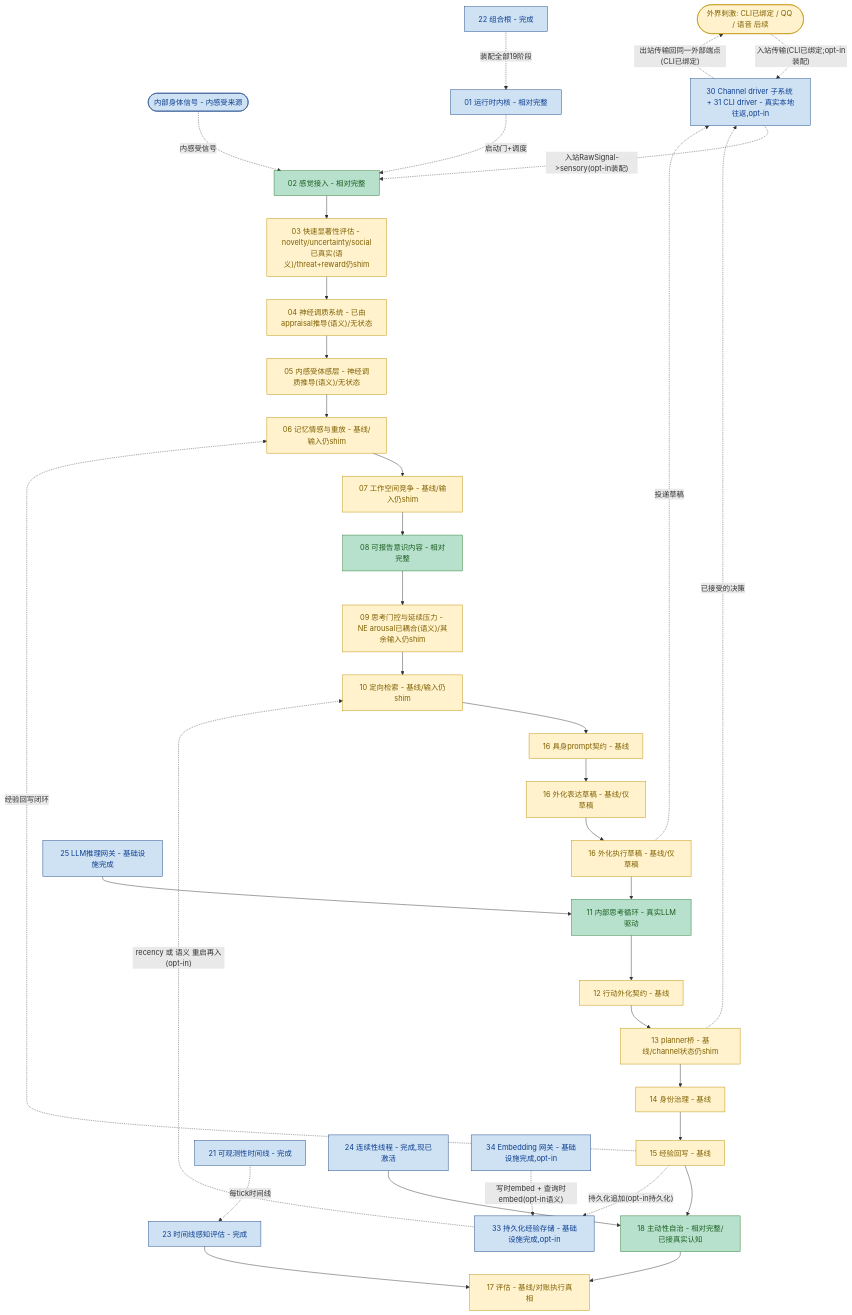
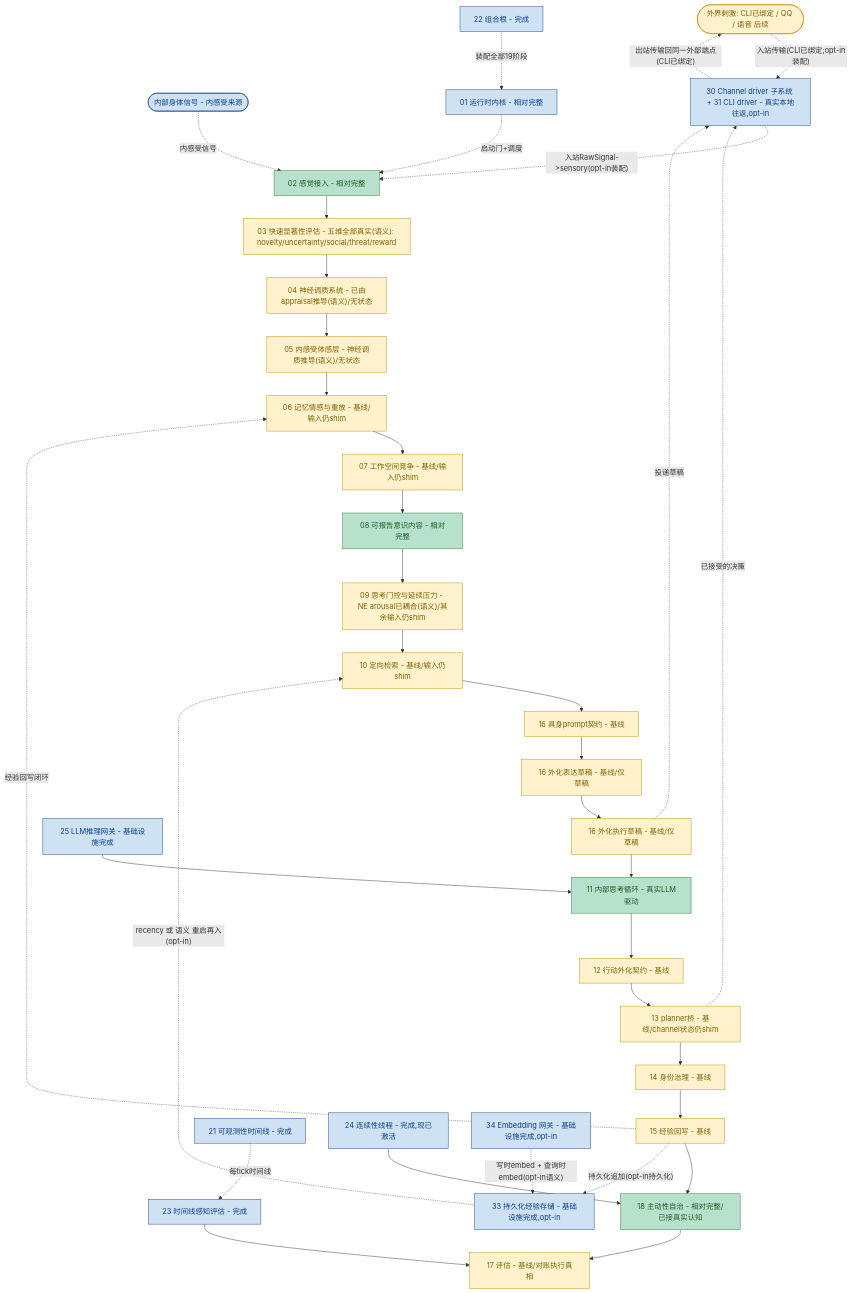
The diagram in helios_v2/docs/PROGRESS_FLOW.zh-CN.md (embalmer-Y/helios), drawn with Mermaid before and after one commit. The commit also changed other lines of this file and 15 other files, not shown here.

````diff
--- a/helios_v2/docs/PROGRESS_FLOW.zh-CN.md
+++ b/helios_v2/docs/PROGRESS_FLOW.zh-CN.md
@@ -30,60 +30,60 @@
 ```mermaid
 flowchart TD
     classDef deep fill:#b7e1cd,stroke:#2e7d32,color:#1b5e20
     classDef base fill:#fff2cc,stroke:#bf9000,color:#7f6000
     classDef infra fill:#cfe2f3,stroke:#1c4587,color:#0b3d91
     classDef gap fill:#f4cccc,stroke:#990000,color:#660000,stroke-dasharray: 5 5
 
     EXT([外界刺激: CLI已绑定 / QQ / 语音 后续]):::base
     BODY([内部身体信号 - 内感受来源]):::infra
     S02[02 感觉接入 - 相对完整]:::deep
-    S03["03 快速显著性评估 - novelty/uncertainty/social已真实(语义)/threat+reward仍shim"]:::base
+    S03["03 快速显著性评估 - 五维全部真实(语义): novelty/uncertainty/social/threat/reward"]:::base
     S04["04 神经调质系统 - 已由appraisal推导(语义)/无状态"]:::base
     S05["05 内感受体感层 - 神经调质推导(语义)/无状态"]:::base
     S06[06 记忆情感与重放 - 基线/输入仍shim]:::base
     S07[07 工作空间竞争 - 基线/输入仍shim]:::base
     S08[08 可报告意识内容 - 相对完整]:::deep
     S09["09 思考门控与延续压力 - NE arousal已耦合(语义)/其余输入仍shim"]:::base
     S10[10 定向检索 - 基线/输入仍shim]:::base
     S16P[16 具身prompt契约 - 基线]:::base
     S16O[16 外化表达草稿 - 基线/仅草稿]:::base
     S16E[16 外化执行草稿 - 基线/仅草稿]:::base
     S11[11 内部思考循环 - 真实LLM驱动]:::deep
     S12[12 行动外化契约 - 基线]:::base
     S13[13 planner桥 - 基线/channel状态仍shim]:::base
     S14[14 身份治理 - 基线]:::base
     S15[15 经验回写 - 基线]:::base
     S18[18 主动性自治 - 相对完整/已接真实认知]:::deep
     S17[17 评估 - 基线/对账执行真相]:::base
     CH["30 Channel driver 子系统 + 31 CLI driver - 真实本地往返,opt-in"]:::infra
 
     S02 --> S03 --> S04 --> S05 --> S06 --> S07 --> S08 --> S09 --> S10
     S10 --> S16P --> S16O --> S16E --> S11
     S11 --> S12 --> S13 --> S14 --> S15 --> S18 --> S17
     EXT -. 入站传输(CLI已绑定;opt-in装配) .-> CH
     BODY -. 内感受信号 .-> S02
     S13 -. 已接受的决策 .-> CH
     S16E -. 投递草稿 .-> CH
     CH -. 入站RawSignal->sensory(opt-in装配) .-> S02
     CH -. 出站传输回同一外部端点(CLI已绑定) .-> EXT
     S15 -. 经验回写闭环 .-> S06
 
     LLM[25 LLM推理网关 - 基础设施完成]:::infra
     LLM --> S11
 
     K01[01 运行时内核 - 相对完整]:::infra
     OBS[21 可观测性时间线 - 完成]:::infra
     COMP[22 组合根 - 完成]:::infra
     EV23[23 时间线感知评估 - 完成]:::infra
     TH24[24 连续性线程 - 完成,现已激活]:::infra
     PER[33 持久化经验存储 - 基础设施完成,opt-in]:::infra
     EMB[34 Embedding 网关 - 基础设施完成,opt-in]:::infra
     K01 -. 启动门+调度 .-> S02
     OBS -. 每tick时间线 .-> EV23
     EV23 --> S17
     TH24 --> S18
     COMP -. 装配全部19阶段 .-> K01
     S15 -. 持久化追加(opt-in持久化) .-> PER
     PER -. recency 或 语义 重启再入(opt-in) .-> S10
     EMB -. 写时embed + 查询时embed(opt-in语义) .-> PER
 ```
````
